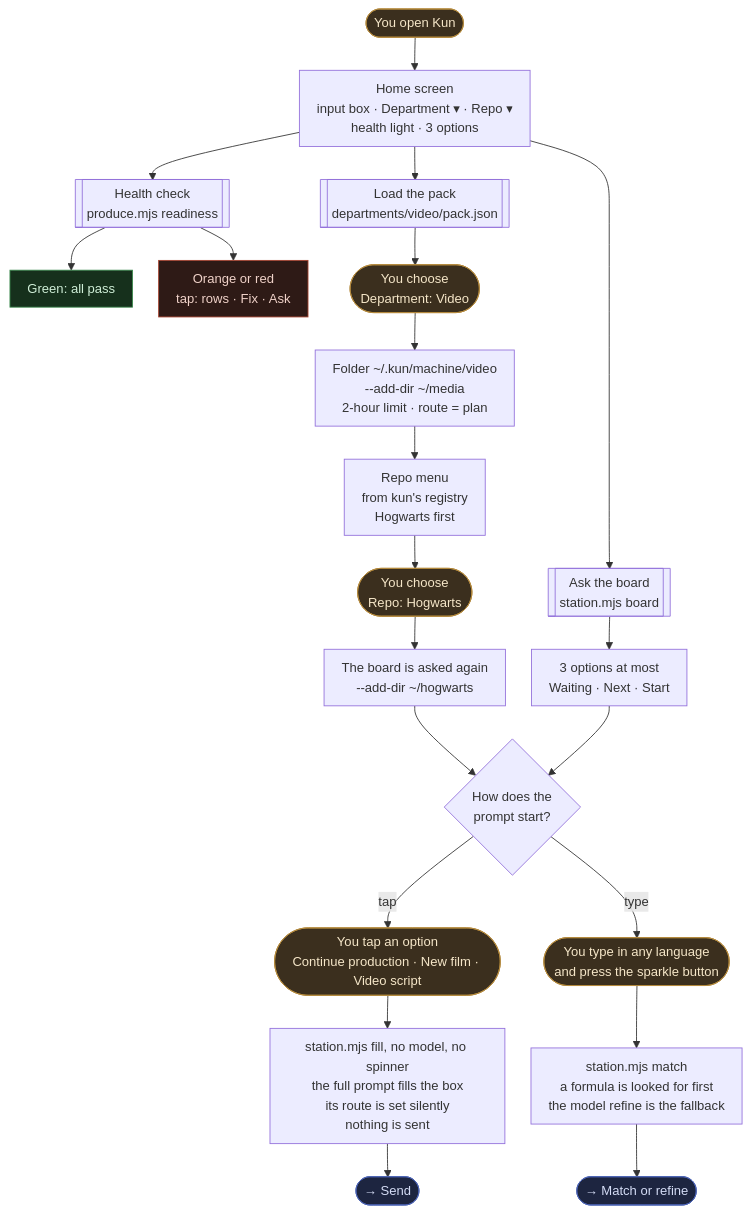
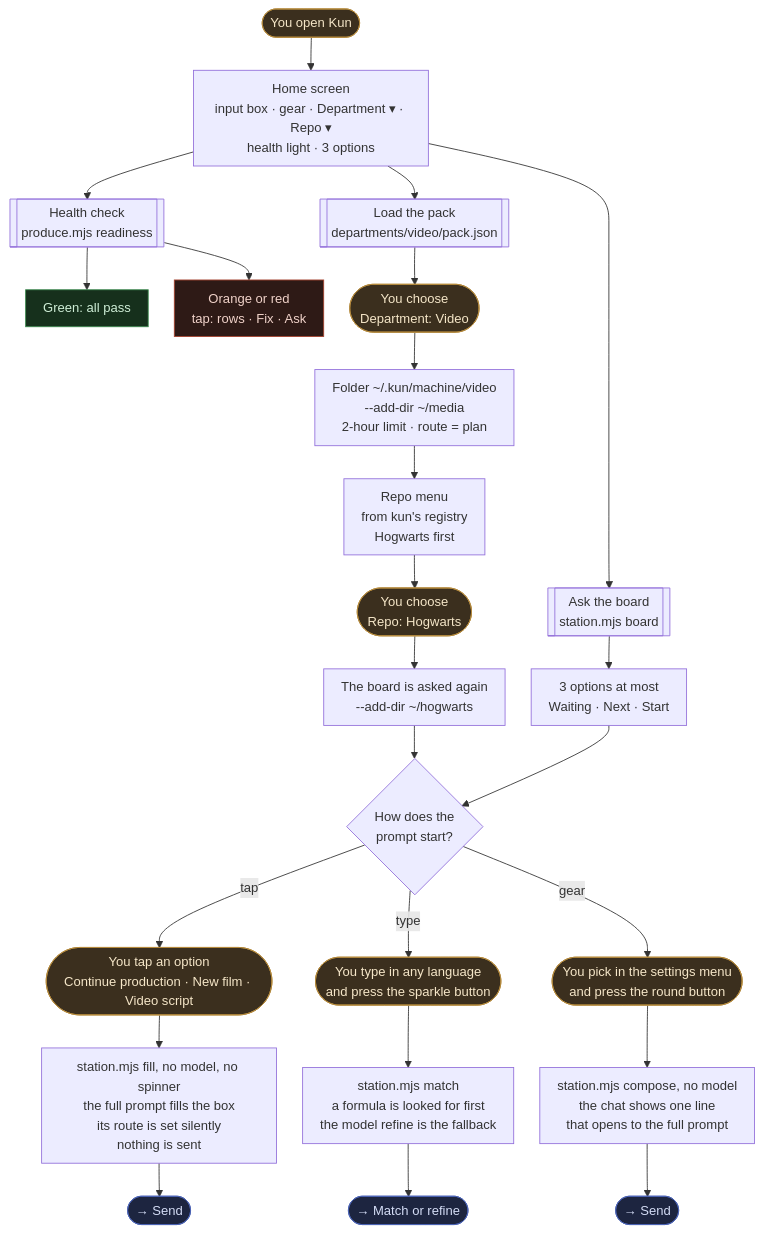
Before and after one commit to databayt/kun: the first of 5 diagrams in content/docs/pipeline.mdx, drawn with Mermaid. The commit also changed other lines of this file and 4 other files, not shown here.

First line of the commit message:
docs: the settings menu, the locked line, the work tier

````diff
--- a/content/docs/pipeline.mdx
+++ b/content/docs/pipeline.mdx
@@ -14,31 +14,34 @@
 ```mermaid
 %%{init: {"fontFamily": "Geist, Arial, sans-serif", "themeVariables": {"fontSize": "15px", "fontFamily": "Geist, Arial, sans-serif"}, "flowchart": {"wrappingWidth": 230, "nodeSpacing": 30, "rankSpacing": 38, "padding": 10}}}%%
 flowchart TD
     A(["You open Kun"]):::you
-    A --> B["Home screen<br/>input box · Department ▾ · Repo ▾<br/>health light · 3 options"]
+    A --> B["Home screen<br/>input box · gear · Department ▾ · Repo ▾<br/>health light · 3 options"]
     B --> P1[["Load the pack<br/>departments/video/pack.json"]]
     B --> H1[["Health check<br/>produce.mjs readiness"]]
     B --> S1[["Ask the board<br/>station.mjs board"]]
     H1 --> HG["Green: all pass"]:::ok
     H1 --> HR["Orange or red<br/>tap: rows · Fix · Ask"]:::bad
     S1 --> S2["3 options at most<br/>Waiting · Next · Start"]
     P1 --> D(["You choose<br/>Department: Video"]):::you
     D --> D1["Folder ~/.kun/machine/video<br/>--add-dir ~/media<br/>2-hour limit · route = plan"]
     D1 --> RM["Repo menu<br/>from kun's registry<br/>Hogwarts first"]
     RM --> R(["You choose<br/>Repo: Hogwarts"]):::you
     R --> R1["The board is asked again<br/>--add-dir ~/hogwarts"]
     R1 --> O{"How does the<br/>prompt start?"}
     S2 --> O
     O -- "tap" --> O1(["You tap an option<br/>Continue production · New film · Video script"]):::you
     O -- "type" --> T1(["You type in any language<br/>and press the sparkle button"]):::you
+    O -- "gear" --> G1(["You pick in the settings menu<br/>and press the round button"]):::you
+    G1 --> G2["station.mjs compose, no model<br/>the chat shows one line<br/>that opens to the full prompt"]
+    G2 --> N3(["→ Send"]):::done
     O1 --> O2["station.mjs fill, no model, no spinner<br/>the full prompt fills the box<br/>its route is set silently<br/>nothing is sent"]
     O2 --> N2(["→ Send"]):::done
     T1 --> T2["station.mjs match<br/>a formula is looked for first<br/>the model refine is the fallback"]
     T2 --> N(["→ Match or refine"]):::done
 
     classDef you fill:#3b2f1e,stroke:#b58a3c,color:#f5e6c8;
     classDef claude fill:#12312e,stroke:#2f7d72,color:#c6e8e2;
     classDef ok fill:#16301c,stroke:#3c8a4f,color:#cfeed7;
     classDef bad fill:#2e1a16,stroke:#a6432f,color:#f0d2c9;
     classDef done fill:#1d2540,stroke:#4a63b5,color:#d4dcf5;
 ```
````
